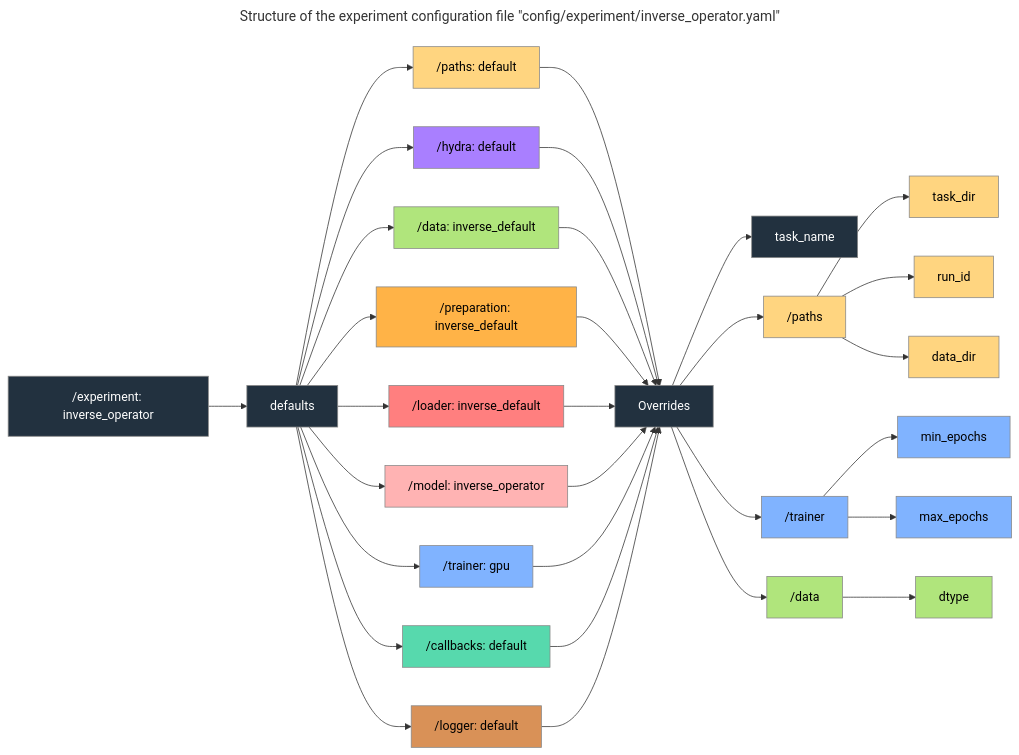
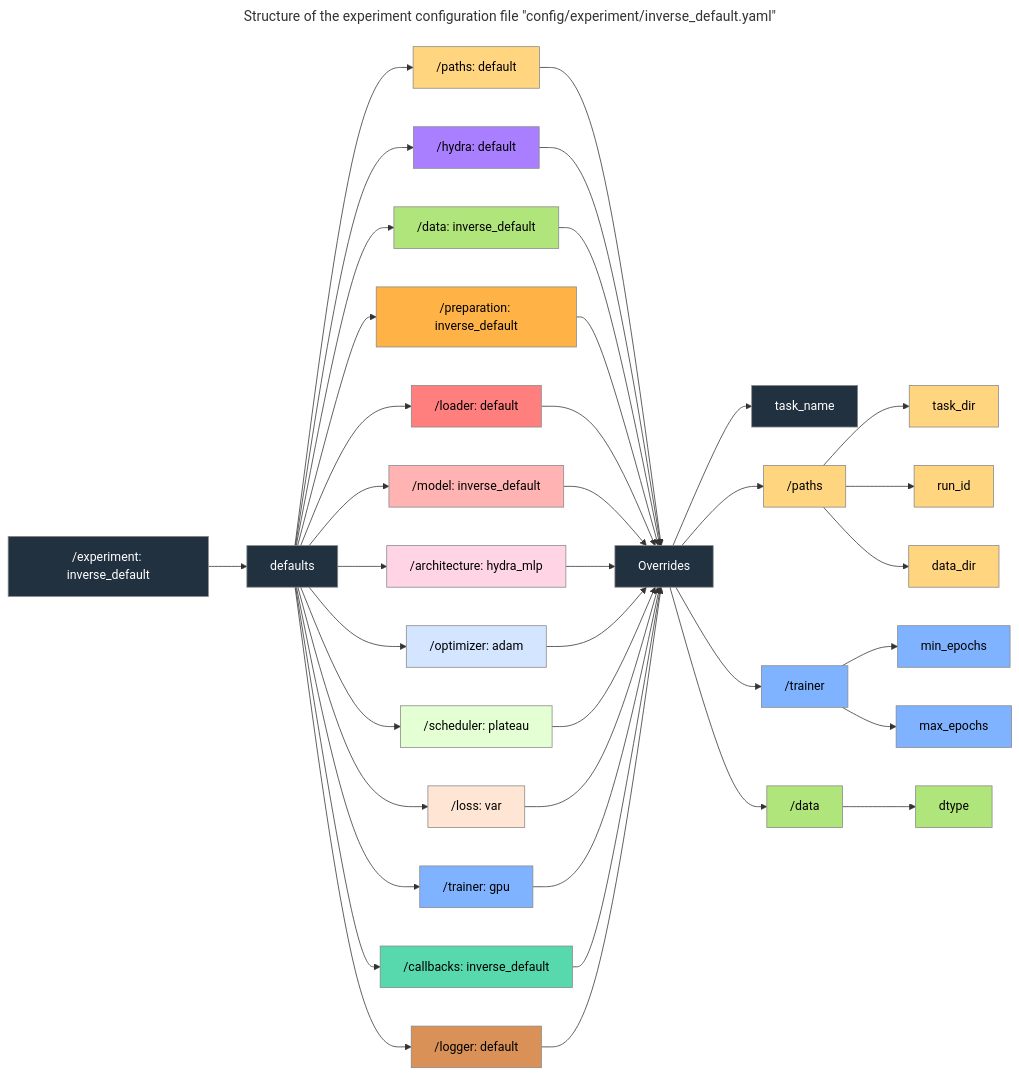
One commit to tremblaybenoit/RACCOONN changed the first of 2 diagrams in README.md. Above: the diagram before and after it, drawn with Mermaid. The commit also changed other lines of this file and 6 other files, not shown here.

````diff
--- a/README.md
+++ b/README.md
@@ -52,66 +56,82 @@
 ```mermaid
 ---
-title: Structure of the experiment configuration file "config/experiment/inverse_operator.yaml"
+title: Structure of the experiment configuration file "config/experiment/inverse_default.yaml"
 ---
 flowchart LR
-  A["/experiment: inverse_operator"]
+  A["/experiment: inverse_default"]
   A --> B["defaults"]
   B --> B1["/paths: default"]
   B --> B2["/hydra: default"]
   B --> B3["/data: inverse_default"]
   B --> B4["/preparation: inverse_default"]
-  B --> B5["/loader: inverse_default"]
-  B --> B6["/model: inverse_operator"]
-  B --> B7["/trainer: gpu"]
-  B --> B8["/callbacks: default"]
-  B --> B9["/logger: default"]
+  B --> B5["/loader: default"]
+  B --> B6["/model: inverse_default"]
+  B --> B7["/architecture: hydra_mlp"]
+  B --> B8["/optimizer: adam"]
+  B --> B9["/scheduler: plateau"]
+  B --> B10["/loss: var"]
+  B --> B11["/trainer: gpu"]
+  B --> B12["/callbacks: inverse_default"]
+  B --> B13["/logger: default"]
 
-  %% Chaque override pointe vers final_overrides
+  %% Each override points to the final overrides section
   B1 --> C
   B2 --> C
   B3 --> C
   B4 --> C
   B5 --> C
   B6 --> C
   B7 --> C
   B8 --> C
   B9 --> C
+  B10 --> C
+  B11 --> C
+  B12 --> C
+  B13 --> C
 
   C["Overrides"]
   C --> C1["task_name"]
   C --> C2["/paths"]
   C2 --> C21["task_dir"]
   C2 --> C22["run_id"]
   C2 --> C23["data_dir"]
   C --> C3["/trainer"]
   C3 --> C31["min_epochs"]
   C3 --> C32["max_epochs"]
   C --> C4["/data"]
   C4 --> C41["dtype"]
 
-  %% Couleurs par catégorie (texte blanc ou noir selon le fond)
+  %% Color per config category
   classDef experiment fill:#22313F,stroke:#888,stroke-width:1px,color:#fff;
   classDef final_overrides fill:#22313F,stroke:#888,stroke-width:1px,color:#fff;
   classDef paths fill:#FFD580,stroke:#888,stroke-width:1px,color:#000;
   classDef hydra fill:#A97FFF,stroke:#888,stroke-width:1px,color:#000;
   classDef data fill:#B0E57C,stroke:#888,stroke-width:1px,color:#000;
   classDef preparation fill:#FFB347,stroke:#888,stroke-width:1px,color:#000;
   classDef loader fill:#FF7F7F,stroke:#888,stroke-width:1px,color:#000;
   classDef model fill:#FFB3B3,stroke:#888,stroke-width:1px,color:#000;
+  classDef architecture fill:#FFD4E5,stroke:#888,stroke-width:1px,color:#000;
+  classDef optimizer fill:#D4E5FF,stroke:#888,stroke-width:1px,color:#000;
+  classDef scheduler fill:#E5FFD4,stroke:#888,stroke-width:1px,color:#000;
+  classDef loss fill:#FFE5D4,stroke:#888,stroke-width:1px,color:#000;
   classDef trainer fill:#80B3FF,stroke:#888,stroke-width:1px,color:#000;
   classDef callbacks fill:#57D9AD,stroke:#888,stroke-width:1px,color:#000;
   classDef logger fill:#D99157,stroke:#888,stroke-width:1px,color:#000;
 
-  %% Assignation des classes
+  %% Assign colors to boxes
   class A,B,C1 experiment;
   class C final_overrides;
   class B1,C2,C21,C22,C23 paths;
   class B2 hydra;
   class B3,C4,C41 data;
   class B4 preparation;
   class B5 loader;
-  class B6,C5,C51 model;
-  class B7,C3,C31,C32 trainer;
-  class B8 callbacks;
-  class B9 logger;
+  class B6 model;
+  class B7 architecture;
+  class B8 optimizer;
+  class B9 scheduler;
+  class B10 loss;
+  class B11,C3,C31,C32 trainer;
+  class B12 callbacks;
+  class B13 logger;
 ```
````
